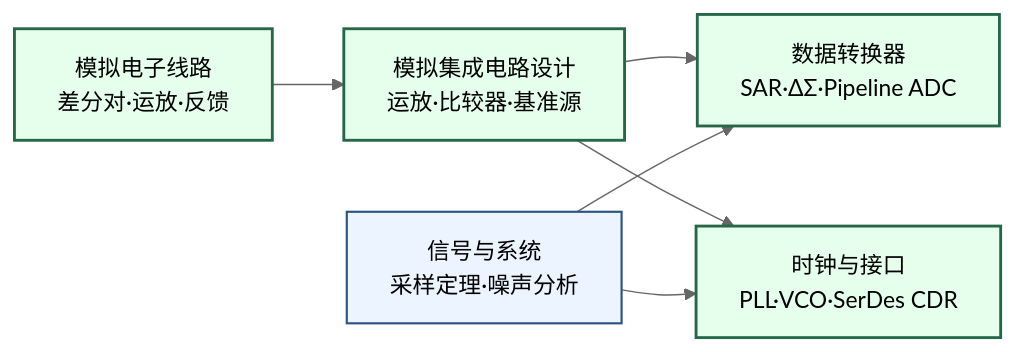
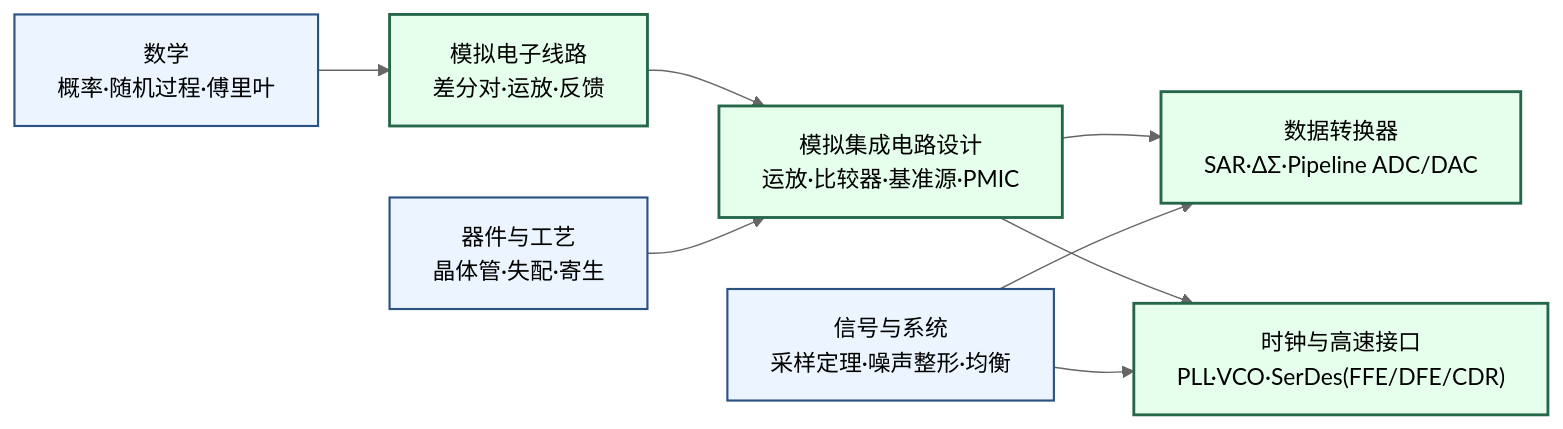
The diagram in docs/科研方向/模拟与混合信号IC.md (Crys-Chen/ic-guide), drawn with Mermaid (neutral theme) before and after one commit. The commit also changed other lines of this file, not shown here.

````diff
--- a/docs/科研方向/模拟与混合信号IC.md
+++ b/docs/科研方向/模拟与混合信号IC.md
@@ -90,13 +90,15 @@
 ```mermaid
 graph LR
-    A["模拟电子线路\n差分对·运放·反馈"] --> B["模拟集成电路设计\n运放·比较器·基准源"]
-    B --> C["数据转换器\nSAR·ΔΣ·Pipeline ADC"]
-    B --> D["时钟与接口\nPLL·VCO·SerDes CDR"]
-    E["信号与系统\n采样定理·噪声分析"] --> C
-    E --> D
+    M["数学\n概率·随机过程·傅里叶"] --> A["模拟电子线路\n差分对·运放·反馈"]
+    A --> B["模拟集成电路设计\n运放·比较器·基准源·PMIC"]
+    DV["器件与工艺\n晶体管·失配·寄生"] --> B
+    B --> C["数据转换器\nSAR·ΔΣ·Pipeline ADC/DAC"]
+    B --> D["时钟与高速接口\nPLL·VCO·SerDes(FFE/DFE/CDR)"]
+    S["信号与系统\n采样定理·噪声整形·均衡"] --> C
+    S --> D
 
     classDef core fill:#E6FFEC,stroke:#276749,stroke-width:2px
     classDef supp fill:#EBF4FF,stroke:#2C5282,stroke-width:1.5px
     class A,B,C,D core
-    class E supp
+    class M,DV,S supp
 ```
````
